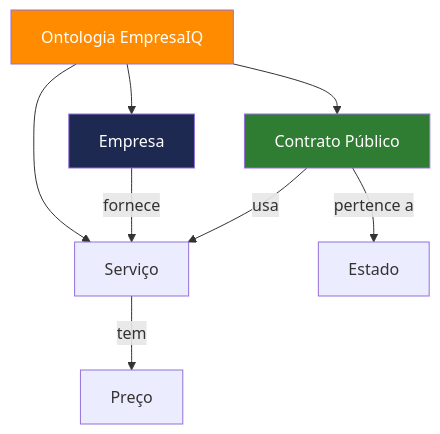
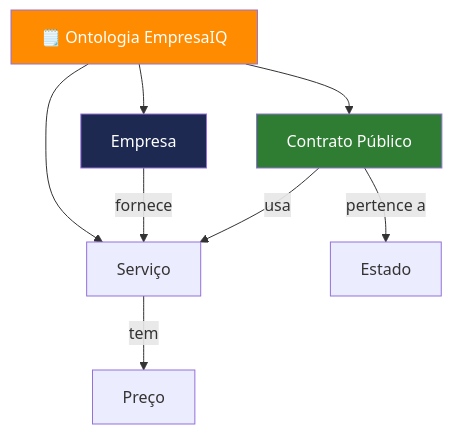
One commit to icpmtech/empresaiq-ebook changed the diagram in docs/20-ontologias.md. Above: the diagram before and after it, drawn with Mermaid. The commit also changed other lines of this file and 24 other files, not shown here.

````diff
--- a/docs/20-ontologias.md
+++ b/docs/20-ontologias.md
@@ -9,13 +27,13 @@
 ```mermaid
 graph TD
-    Ontologia[Ontologia EmpresaIQ] --> Empresa[Empresa]
-    Ontologia --> Contrato[Contrato Público]
-    Ontologia --> Servico[Serviço]
-    Empresa -->|fornece| Servico
-    Contrato -->|pertence a| Estado[Estado]
-    Contrato -->|usa| Servico
-    Servico -->|tem| Preco[Preço]
-    style Ontologia fill:#FF8C00,color:#fff
-    style Empresa fill:#1D2951,color:#fff
-    style Contrato fill:#2E7D32,color:#fff
+    O["🗒️ Ontologia EmpresaIQ"] --> E["Empresa"]
+    O --> C["Contrato Público"]
+    O --> S["Serviço"]
+    E -->|"fornece"| S
+    C -->|"pertence a"| EST["Estado"]
+    C -->|"usa"| S
+    S -->|"tem"| P["Preço"]
+    style O fill:#FF8C00,color:#fff
+    style E fill:#1D2951,color:#fff
+    style C fill:#2E7D32,color:#fff
 ```
````
